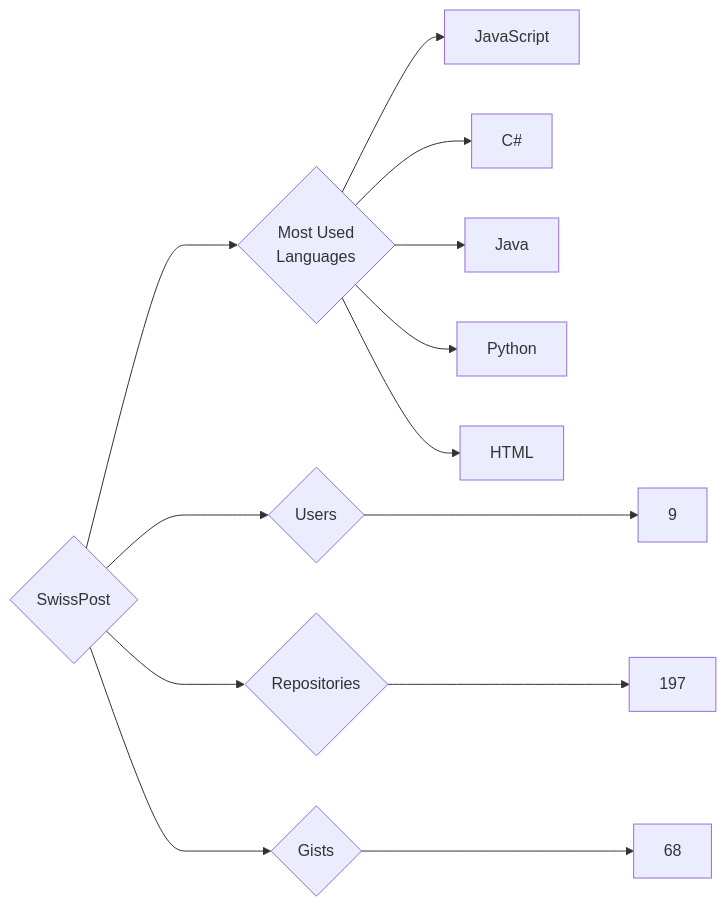
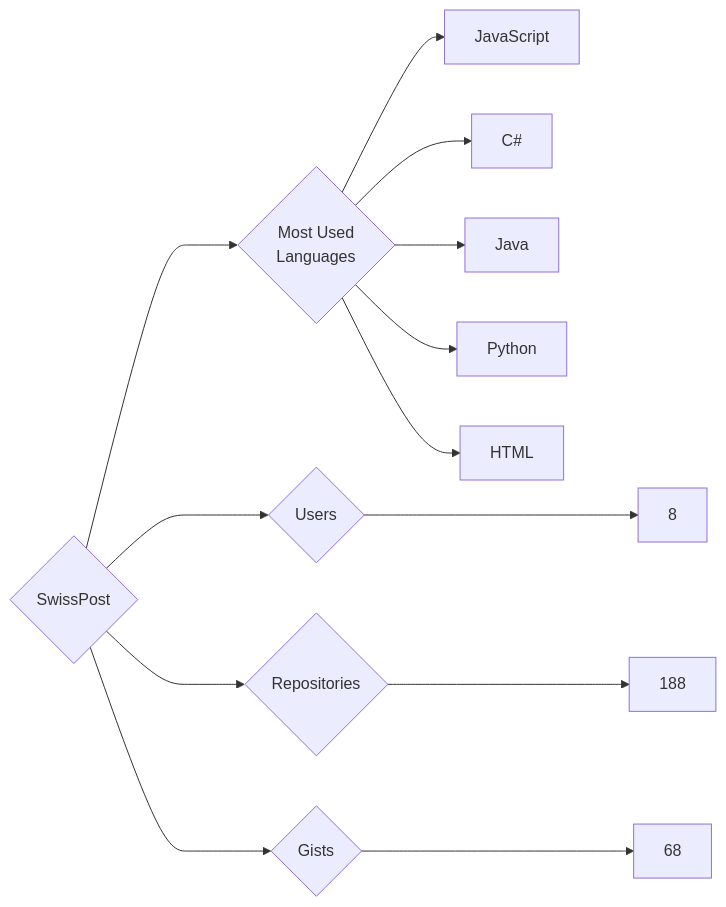
One commit to trickest/insiders changed the diagram in targets/SwissPost/README.md. Above: the diagram before and after it, drawn with Mermaid. The commit also changed 770 other files, not shown here.

````diff
--- a/targets/SwissPost/README.md
+++ b/targets/SwissPost/README.md
@@ -3,13 +3,13 @@
 ```mermaid
 graph LR
 COMPANY_NAME{SwissPost}
-COMPANY_NAME ---> U{Users} ---> UN[9]
-COMPANY_NAME ---> R{Repositories} ---> RN[197]
+COMPANY_NAME ---> U{Users} ---> UN[8]
+COMPANY_NAME ---> R{Repositories} ---> RN[188]
 COMPANY_NAME ---> G{Gists} ---> GN[68]
 COMPANY_NAME ---> ML{Most Used<br>Languages}
 ML --> JavaScript[JavaScript]
 ML --> C#[C#]
 ML --> Java[Java]
 ML --> Python[Python]
 ML --> HTML[HTML]
 ```
````
